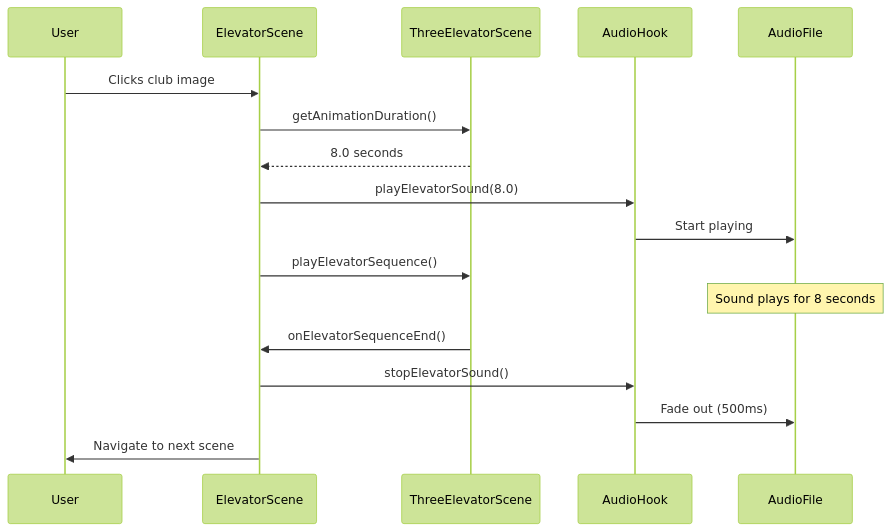
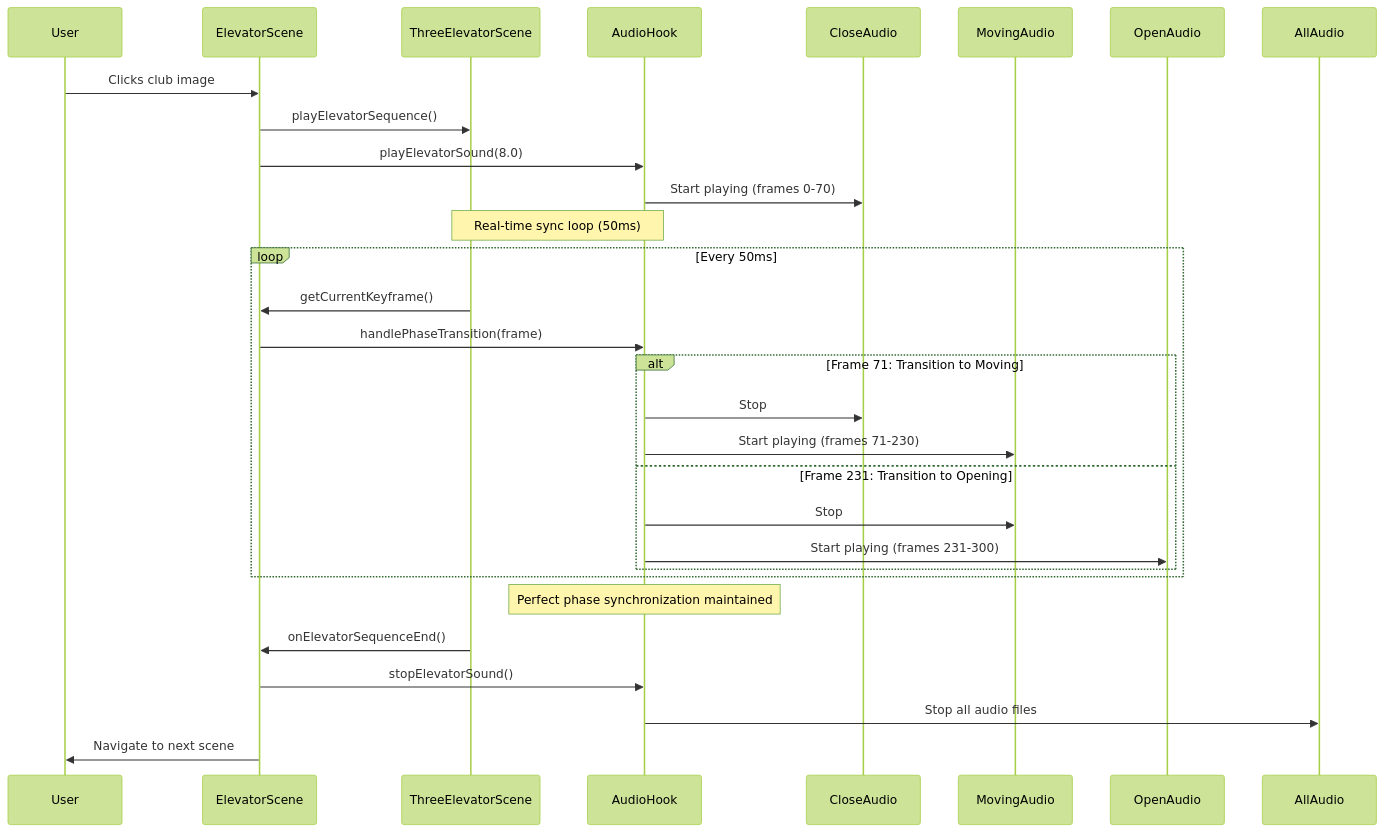
Before and after one commit to Dubby0610/GROOVE: the diagram in ELEVATOR_AUDIO_SYNC.md, drawn with Mermaid (forest theme). The commit also changed other lines of this file and 13 other files, not shown here.

````diff
--- a/ELEVATOR_AUDIO_SYNC.md
+++ b/ELEVATOR_AUDIO_SYNC.md
@@ -73,22 +84,36 @@
 ```mermaid
 sequenceDiagram
     participant User
     participant ElevatorScene
     participant ThreeElevatorScene
     participant AudioHook
-    participant AudioFile
+    participant CloseAudio
+    participant MovingAudio
+    participant OpenAudio
 
     User->>ElevatorScene: Clicks club image
-    ElevatorScene->>ThreeElevatorScene: getAnimationDuration()
-    ThreeElevatorScene-->>ElevatorScene: 8.0 seconds
+    ElevatorScene->>ThreeElevatorScene: playElevatorSequence()
     ElevatorScene->>AudioHook: playElevatorSound(8.0)
-    AudioHook->>AudioFile: Start playing
-    ElevatorScene->>ThreeElevatorScene: playElevatorSequence()
+    AudioHook->>CloseAudio: Start playing (frames 0-70)
     
-    Note over AudioFile: Sound plays for 8 seconds
+    Note over ThreeElevatorScene,AudioHook: Real-time sync loop (50ms)
+    loop Every 50ms
+        ThreeElevatorScene->>ElevatorScene: getCurrentKeyframe()
+        ElevatorScene->>AudioHook: handlePhaseTransition(frame)
+        
+        alt Frame 71: Transition to Moving
+            AudioHook->>CloseAudio: Stop
+            AudioHook->>MovingAudio: Start playing (frames 71-230)
+        else Frame 231: Transition to Opening
+            AudioHook->>MovingAudio: Stop
+            AudioHook->>OpenAudio: Start playing (frames 231-300)
+        end
+    end
+    
+    Note over AudioHook: Perfect phase synchronization maintained
     
     ThreeElevatorScene->>ElevatorScene: onElevatorSequenceEnd()
     ElevatorScene->>AudioHook: stopElevatorSound()
-    AudioHook->>AudioFile: Fade out (500ms)
+    AudioHook->>AllAudio: Stop all audio files
     ElevatorScene->>User: Navigate to next scene
 ```
````
